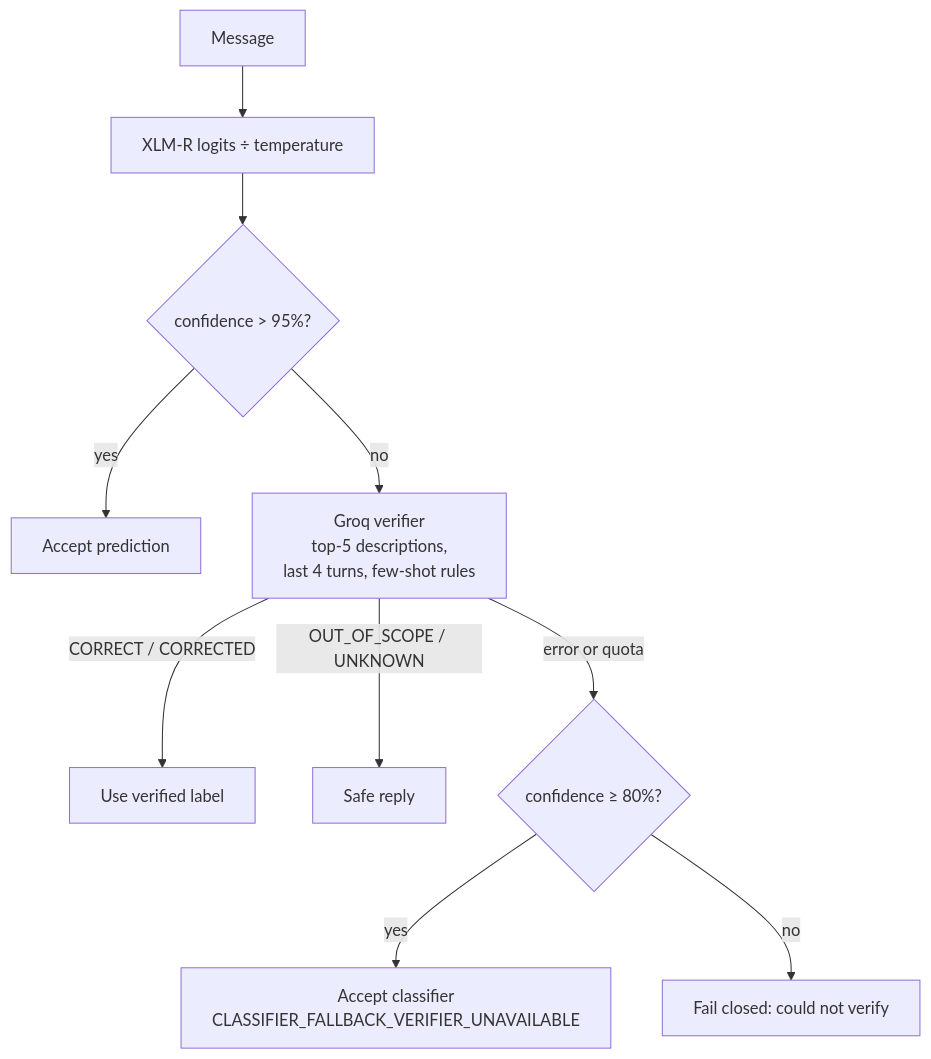
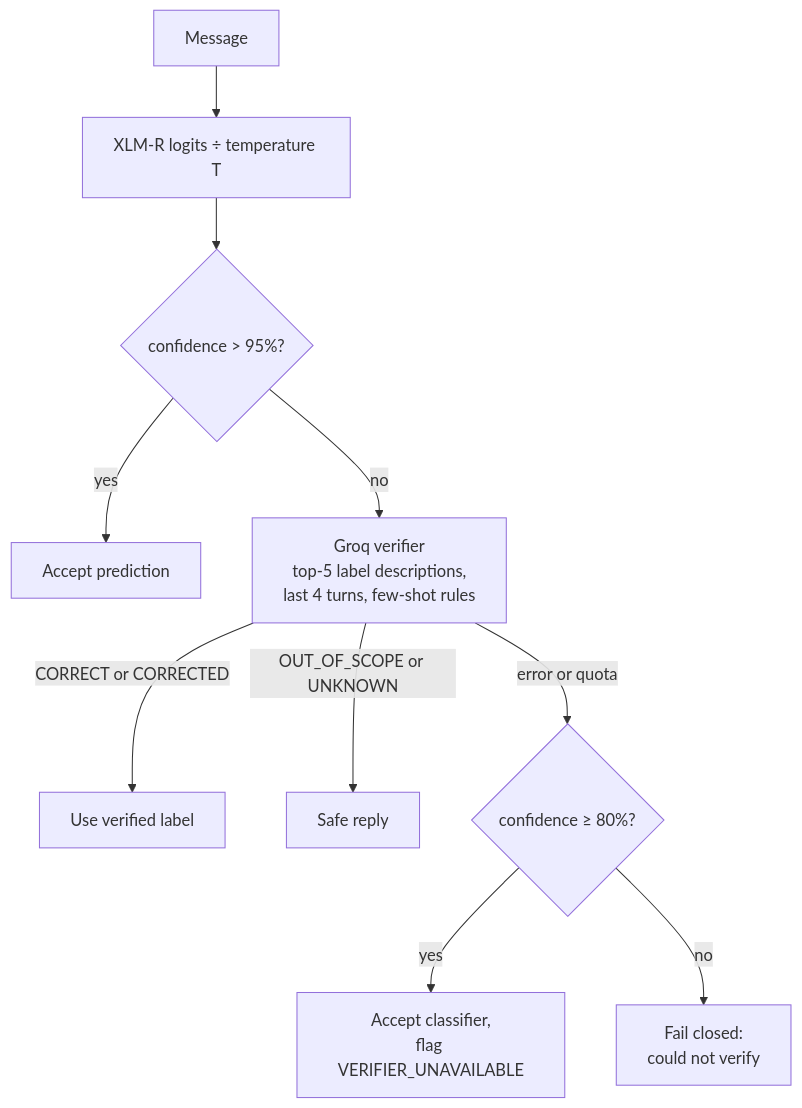
Before and after one commit to Anushka-v24/ecommerce-customer-support-assistant: the fifth of 38 diagrams in docs/ENHANCEMENT_REPORT.md, drawn with Mermaid. The commit also changed other lines of this file and 5 other files, not shown here.

````diff
--- a/docs/ENHANCEMENT_REPORT.md
+++ b/docs/ENHANCEMENT_REPORT.md
@@ -163,12 +198,12 @@
 ```mermaid
 flowchart TD
-    M[Message] --> X[XLM-R logits ÷ temperature]
+    M[Message] --> X[XLM-R logits ÷ temperature T]
     X --> T{confidence > 95%?}
     T -->|yes| A[Accept prediction]
-    T -->|no| V[Groq verifier<br/>top-5 descriptions,<br/>last 4 turns, few-shot rules]
-    V -->|CORRECT / CORRECTED| A2[Use verified label]
-    V -->|OUT_OF_SCOPE / UNKNOWN| SAFE[Safe reply]
+    T -->|no| V[Groq verifier<br/>top-5 label descriptions,<br/>last 4 turns, few-shot rules]
+    V -->|CORRECT or CORRECTED| A2[Use verified label]
+    V -->|OUT_OF_SCOPE or UNKNOWN| SAFE[Safe reply]
     V -->|error or quota| FB{confidence ≥ 80%?}
-    FB -->|yes| A3[Accept classifier<br/>CLASSIFIER_FALLBACK_VERIFIER_UNAVAILABLE]
-    FB -->|no| REF[Fail closed: could not verify]
+    FB -->|yes| A3[Accept classifier,<br/>flag VERIFIER_UNAVAILABLE]
+    FB -->|no| REF[Fail closed:<br/>could not verify]
 ```
````
